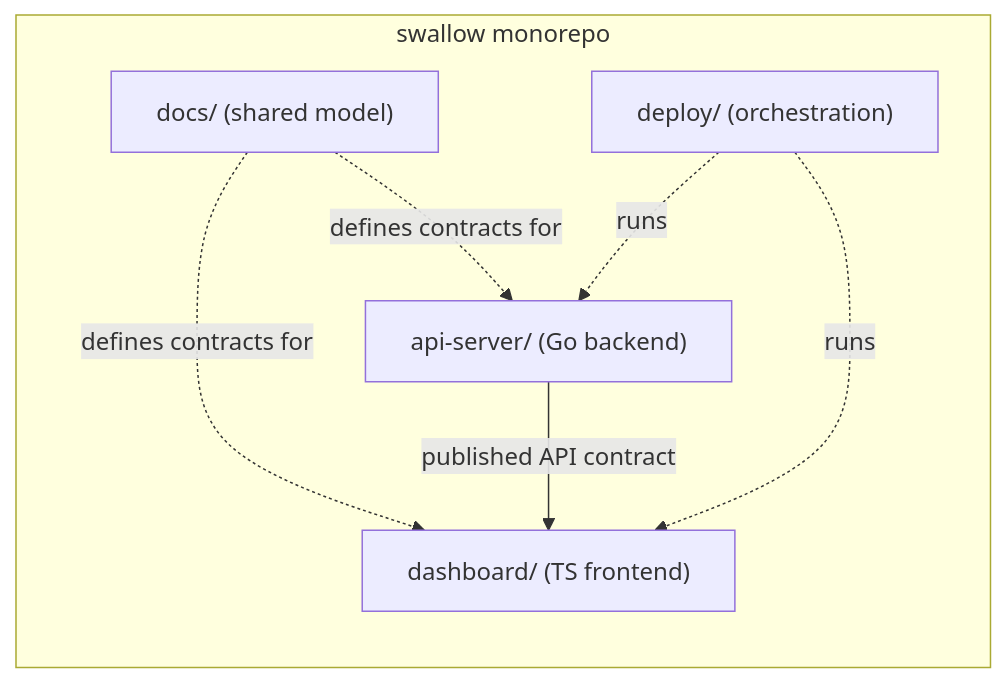
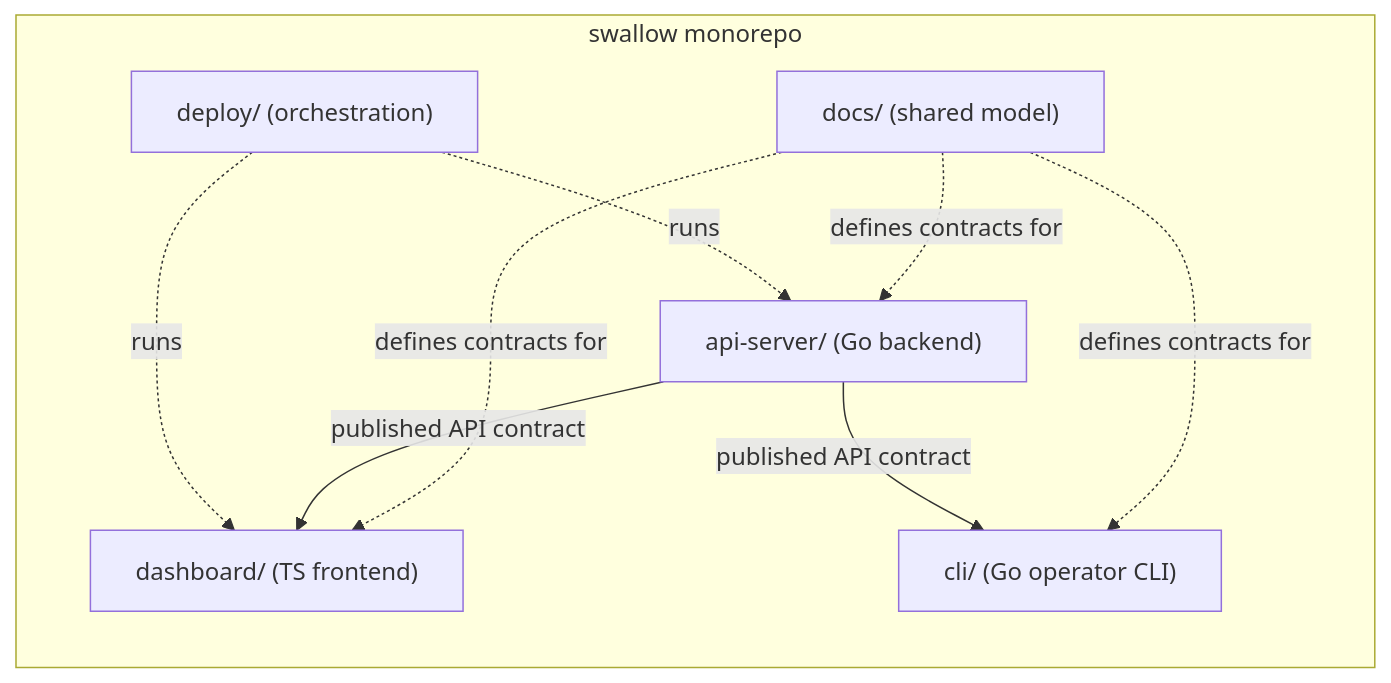
Before and after one commit to maple52046/swallow: the diagram in docs/development/codebase-structure.md, drawn with Mermaid. The commit also changed other lines of this file and 58 other files, not shown here.

````diff
--- a/docs/development/codebase-structure.md
+++ b/docs/development/codebase-structure.md
@@ -54,15 +61,18 @@
 ```mermaid
 flowchart LR
     subgraph repo [swallow monorepo]
         apiServer["api-server/ (Go backend)"]
         dashboard["dashboard/ (TS frontend)"]
+        cli["cli/ (Go operator CLI)"]
         docs["docs/ (shared model)"]
         deploy["deploy/ (orchestration)"]
     end
 
     docs -.->|defines contracts for| apiServer
     docs -.->|defines contracts for| dashboard
+    docs -.->|defines contracts for| cli
     apiServer -->|published API contract| dashboard
+    apiServer -->|published API contract| cli
     deploy -.->|runs| apiServer
     deploy -.->|runs| dashboard
 ```
````
